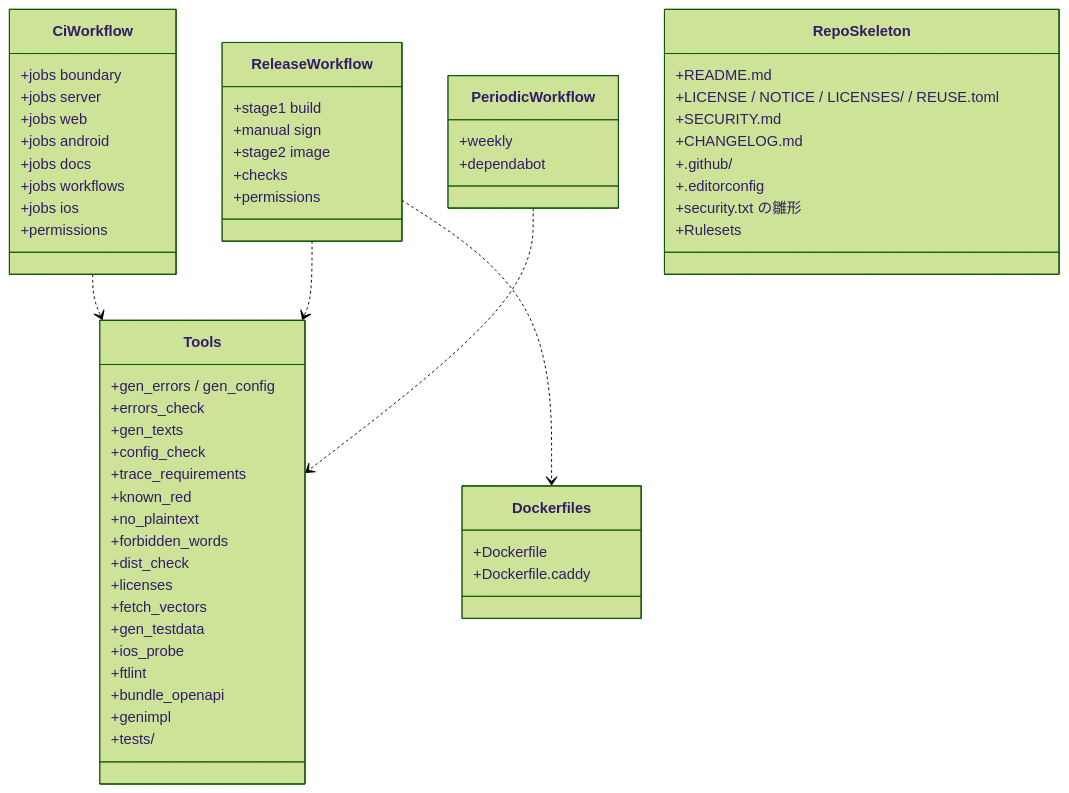
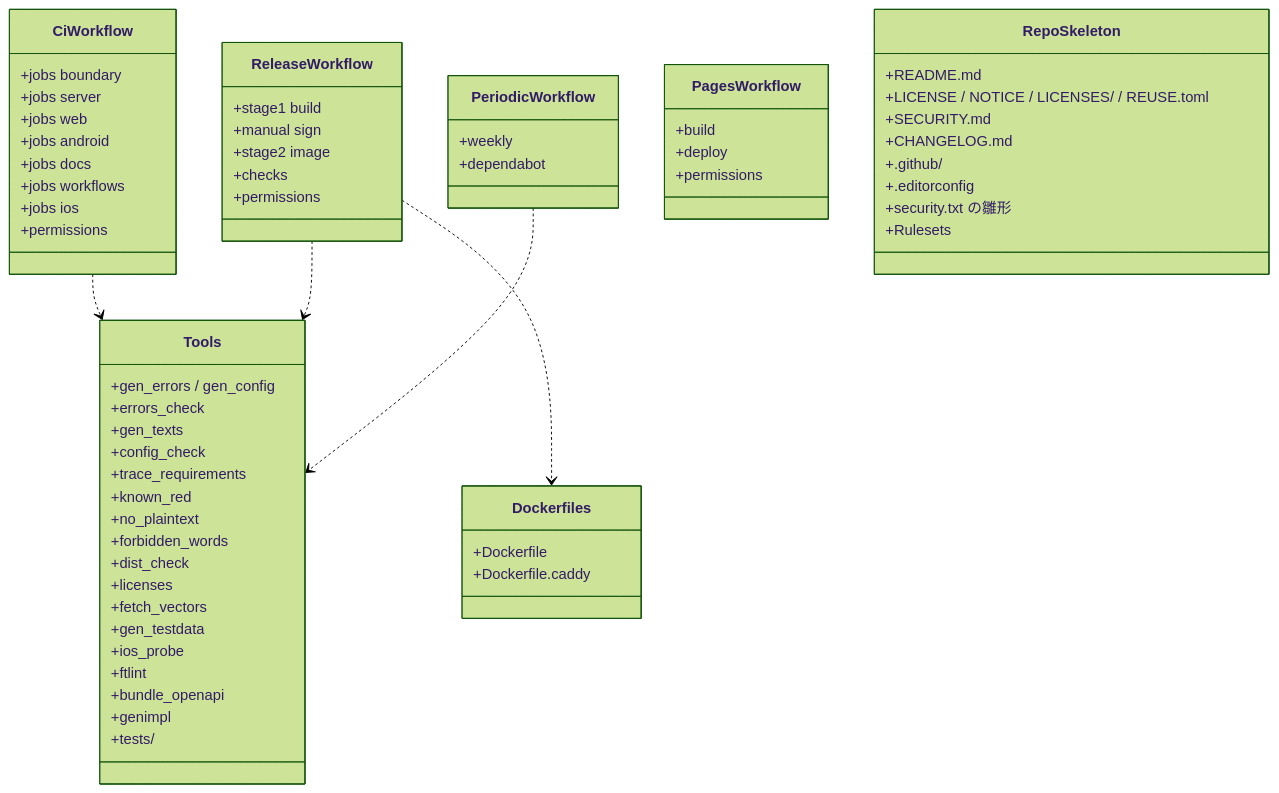
Before and after one commit to nrsd-ishikawasou/family-talk-pwa: the diagram in dev/docs/jp/ブロック/ci-tools.md, drawn with Mermaid (forest theme). The commit also changed other lines of this file and 24 other files, not shown here.

````diff
--- a/dev/docs/jp/ブロック/ci-tools.md
+++ b/dev/docs/jp/ブロック/ci-tools.md
@@ -48,61 +48,66 @@
 ```mermaid
 classDiagram
   class CiWorkflow {
     +jobs boundary
     +jobs server
     +jobs web
     +jobs android
     +jobs docs
     +jobs workflows
     +jobs ios
     +permissions
   }
   class ReleaseWorkflow {
     +stage1 build
     +manual sign
     +stage2 image
     +checks
     +permissions
   }
   class PeriodicWorkflow {
     +weekly
     +dependabot
+  }
+  class PagesWorkflow {
+    +build
+    +deploy
+    +permissions
   }
   class Dockerfiles {
     +Dockerfile
     +Dockerfile.caddy
   }
   class Tools {
     +gen_errors / gen_config
     +errors_check
     +gen_texts
     +config_check
     +trace_requirements
     +known_red
     +no_plaintext
     +forbidden_words
     +dist_check
     +licenses
     +fetch_vectors
     +gen_testdata
     +ios_probe
     +ftlint
     +bundle_openapi
     +genimpl
     +tests/
   }
   class RepoSkeleton {
     +README.md
     +LICENSE / NOTICE / LICENSES/ / REUSE.toml
     +SECURITY.md
     +CHANGELOG.md
     +.github/
     +.editorconfig
     +security.txt の雛形
     +Rulesets
   }
   CiWorkflow ..> Tools
   ReleaseWorkflow ..> Dockerfiles
   ReleaseWorkflow ..> Tools
   PeriodicWorkflow ..> Tools
 ```
````
